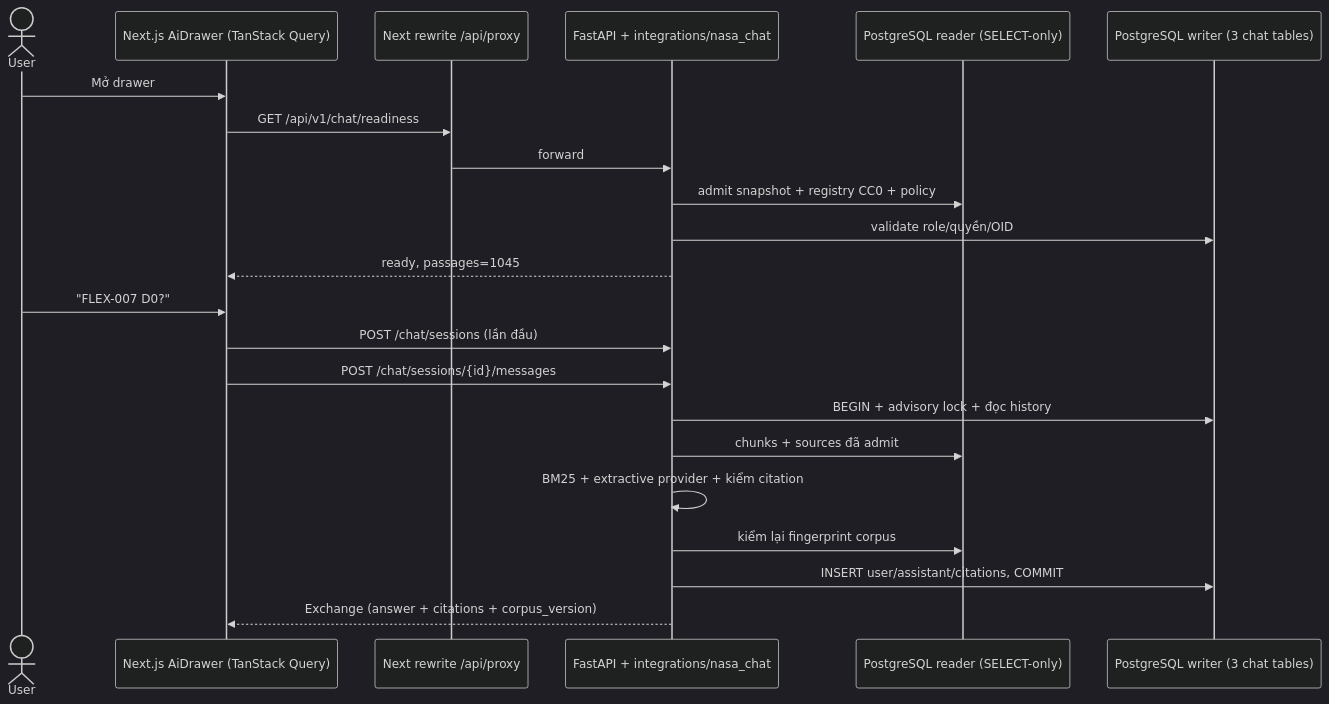
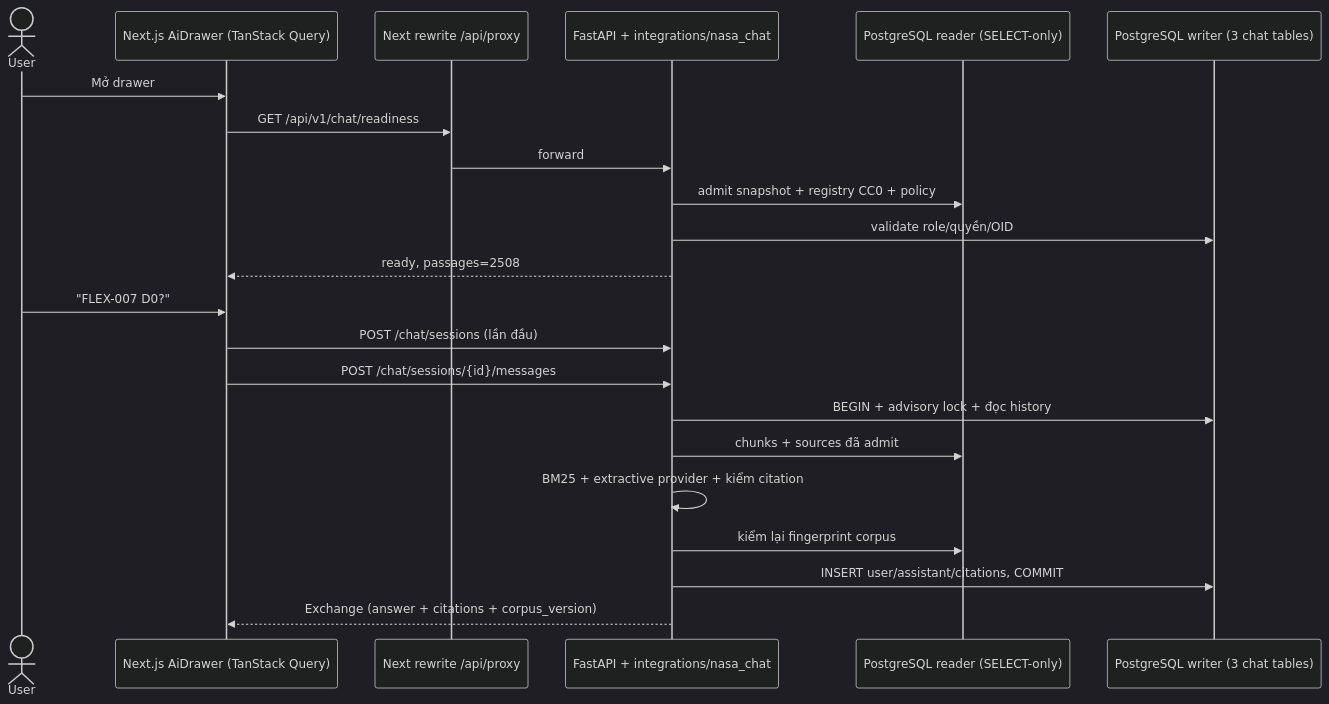
One commit to bachkhmt/TourbillionSG-FlameInFreefall changed the diagram in docs/CHATBOT_FLOW.md. Above: the diagram before and after it, drawn with Mermaid (dark theme). The commit also changed other lines of this file and 1 other file, not shown here.

Commit message:
docs(data): document the unified dataset handoff
Add docs/DATA_HANDOFF.md: release profiles and counts, what each layer adds,
reading rules for the PSI workbooks, build and test commands with results,
and the open items for other owners (DB import of the new bundle, storage
for the ten official resources that belong to no investigation, retrieval
evaluation). Update the chatbot flow doc to the unified corpus size.

````diff
--- a/docs/CHATBOT_FLOW.md
+++ b/docs/CHATBOT_FLOW.md
@@ -36,24 +36,24 @@
 ```mermaid
 sequenceDiagram
     actor User
     participant FE as Next.js AiDrawer (TanStack Query)
     participant Proxy as Next rewrite /api/proxy
     participant API as FastAPI + integrations/nasa_chat
     participant Reader as PostgreSQL reader (SELECT-only)
     participant Writer as PostgreSQL writer (3 chat tables)
     User->>FE: Mở drawer
     FE->>Proxy: GET /api/v1/chat/readiness
     Proxy->>API: forward
     API->>Reader: admit snapshot + registry CC0 + policy
     API->>Writer: validate role/quyền/OID
-    API-->>FE: ready, passages=1045
+    API-->>FE: ready, passages=2508
     User->>FE: "FLEX-007 D0?"
     FE->>API: POST /chat/sessions (lần đầu)
     FE->>API: POST /chat/sessions/{id}/messages
     API->>Writer: BEGIN + advisory lock + đọc history
     API->>Reader: chunks + sources đã admit
     API->>API: BM25 + extractive provider + kiểm citation
     API->>Reader: kiểm lại fingerprint corpus
     API->>Writer: INSERT user/assistant/citations, COMMIT
     API-->>FE: Exchange (answer + citations + corpus_version)
 ```
````
